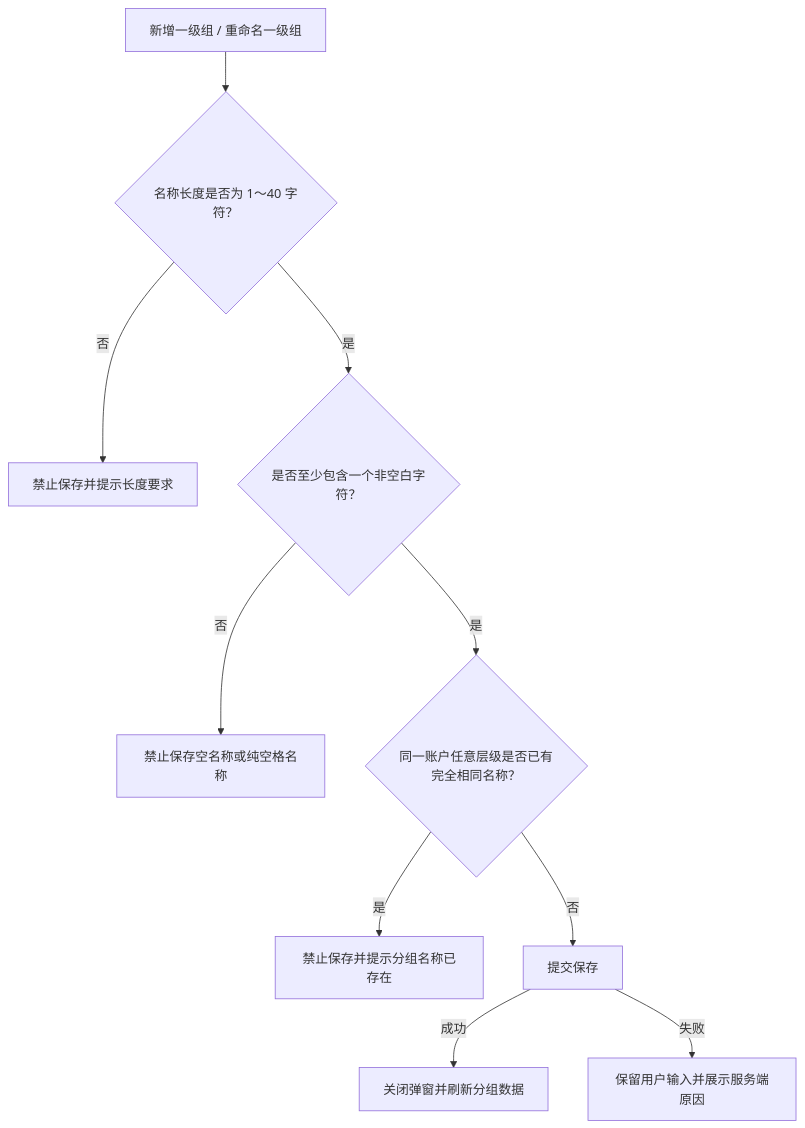
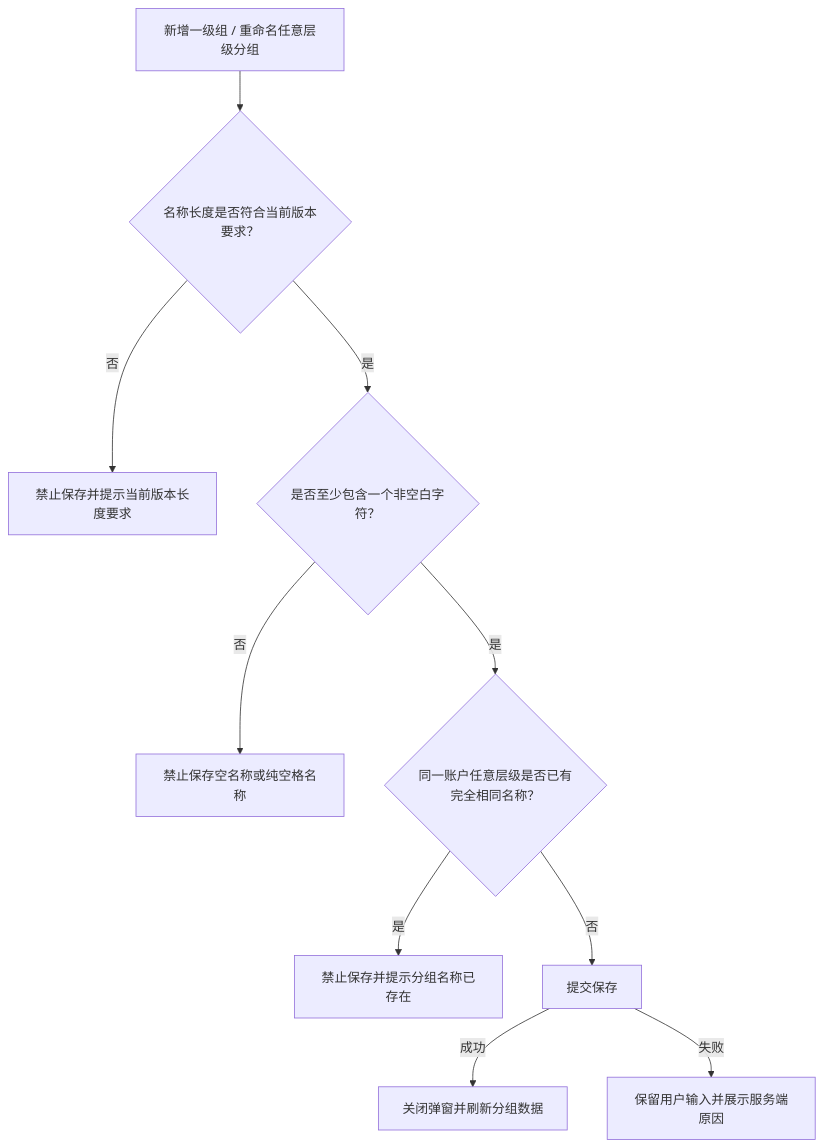
Before and after one commit to CuMgNa/skills: the eighth of 15 diagrams in docs/manuals/革泰/逻辑大纲/革泰 APP 设备管理逻辑点梳理 plan.md, drawn with Mermaid. The commit also changed other lines of this file and 75 other files, not shown here.

````diff
--- a/docs/manuals/革泰/逻辑大纲/革泰 APP 设备管理逻辑点梳理 plan.md
+++ b/docs/manuals/革泰/逻辑大纲/革泰 APP 设备管理逻辑点梳理 plan.md
@@ -482,12 +680,12 @@
 ```mermaid
 flowchart TD
-    A["新增一级组 / 重命名一级组"] --> B{"名称长度是否为 1～40 字符？"}
-    B -->|"否"| B1["禁止保存并提示长度要求"]
+    A["新增一级组 / 重命名任意层级分组"] --> B{"名称长度是否符合当前版本要求？"}
+    B -->|"否"| B1["禁止保存并提示当前版本长度要求"]
     B -->|"是"| C{"是否至少包含一个非空白字符？"}
     C -->|"否"| C1["禁止保存空名称或纯空格名称"]
     C -->|"是"| D{"同一账户任意层级是否已有完全相同名称？"}
     D -->|"是"| D1["禁止保存并提示分组名称已存在"]
     D -->|"否"| E["提交保存"]
     E -->|"成功"| F["关闭弹窗并刷新分组数据"]
     E -->|"失败"| G["保留用户输入并展示服务端原因"]
 ```
````
